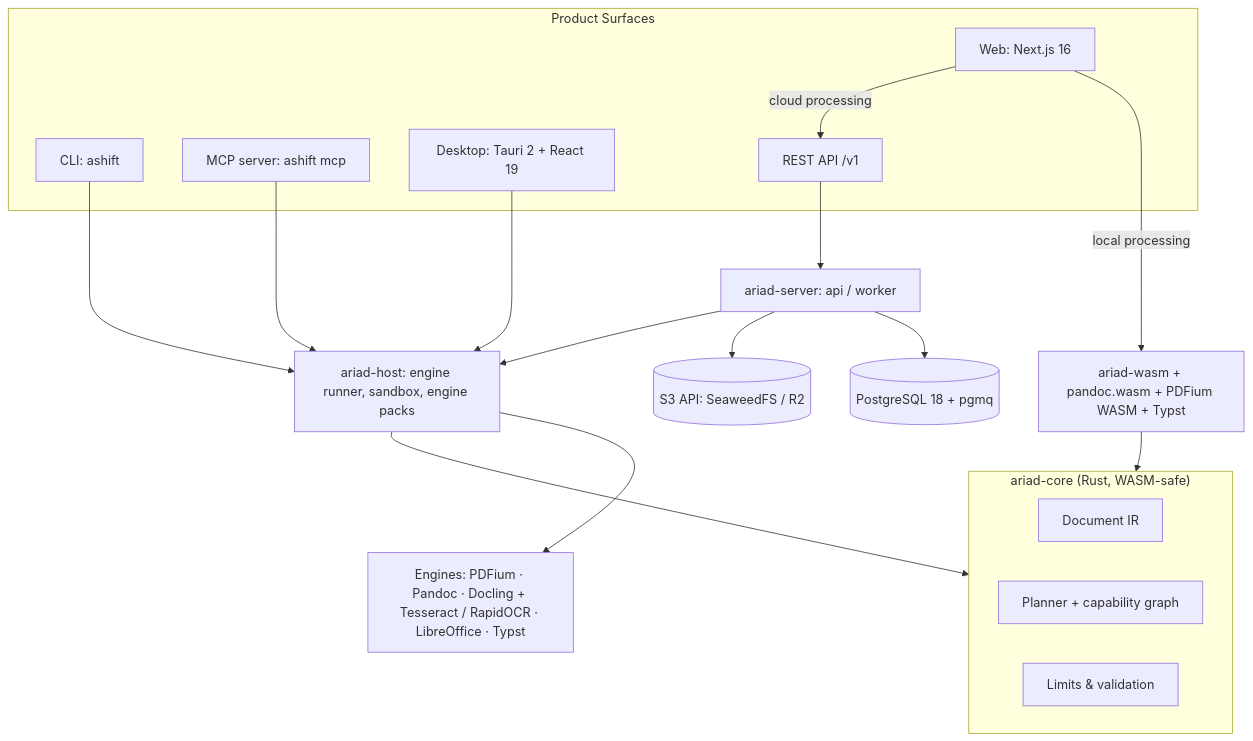
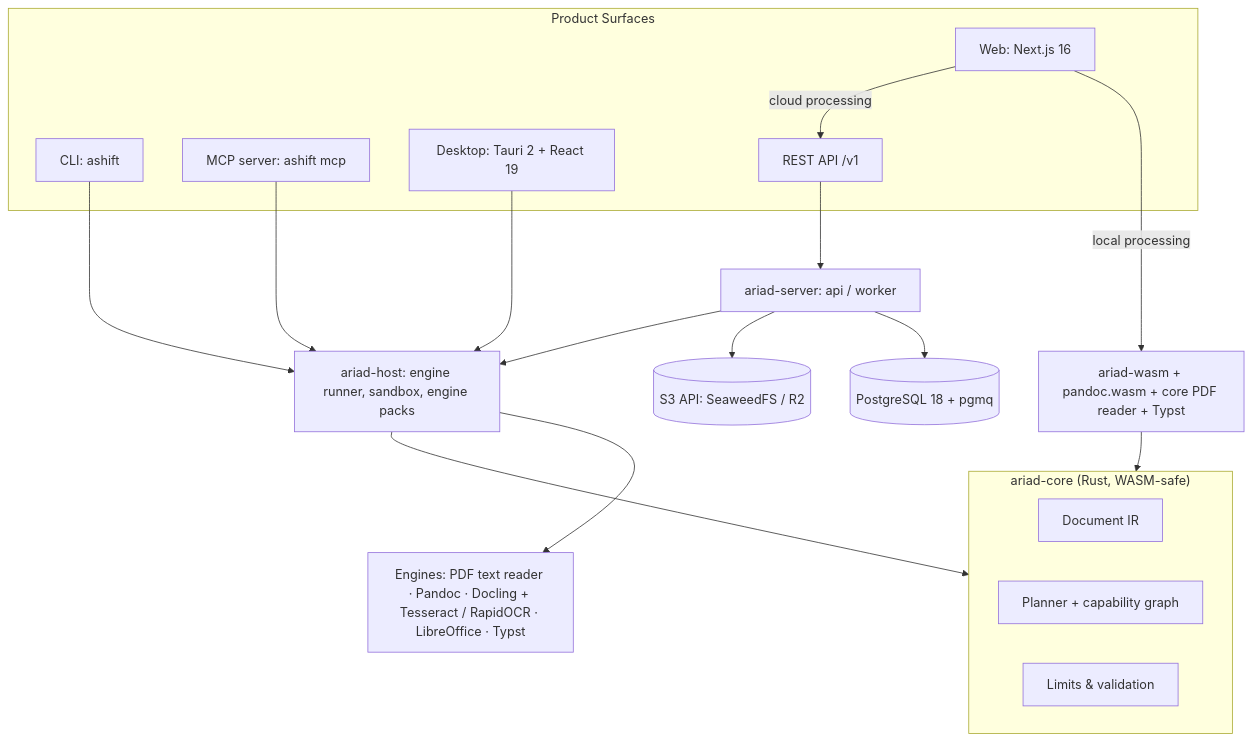
The first of 2 diagrams in ARCHITECTURE.md (bavanchun/AriadShift), drawn with Mermaid before and after one commit. The commit also changed other lines of this file and 10 other files, not shown here.

First line of the commit message:
docs: describe PDF and Office routing requirements

````diff
--- a/ARCHITECTURE.md
+++ b/ARCHITECTURE.md
@@ -141,36 +141,36 @@
 ```mermaid
 flowchart TB
   subgraph surfaces["Product Surfaces"]
     CLI["CLI: ashift"]
     MCP["MCP server: ashift mcp"]
     DESK["Desktop: Tauri 2 + React 19"]
     WEB["Web: Next.js 16"]
     API["REST API /v1"]
   end
 
   subgraph core["ariad-core (Rust, WASM-safe)"]
     IR["Document IR"]
     PLAN["Planner + capability graph"]
     LIM["Limits & validation"]
   end
 
   HOST["ariad-host: engine runner, sandbox, engine packs"]
-  WASM["ariad-wasm + pandoc.wasm + PDFium WASM + Typst"]
+  WASM["ariad-wasm + pandoc.wasm + core PDF reader + Typst"]
   SERVER["ariad-server: api / worker"]
-  ENG["Engines: PDFium · Pandoc · Docling + Tesseract / RapidOCR · LibreOffice · Typst"]
+  ENG["Engines: PDF text reader · Pandoc · Docling + Tesseract / RapidOCR · LibreOffice · Typst"]
   PG[("PostgreSQL 18 + pgmq")]
   S3[("S3 API: SeaweedFS / R2")]
 
   CLI --> HOST
   MCP --> HOST
   DESK --> HOST
   WEB -- "local processing" --> WASM
   WEB -- "cloud processing" --> API
   API --> SERVER
   SERVER --> PG
   SERVER --> S3
   SERVER --> HOST
   HOST --> core
   WASM --> core
   HOST --> ENG
 ```
````
